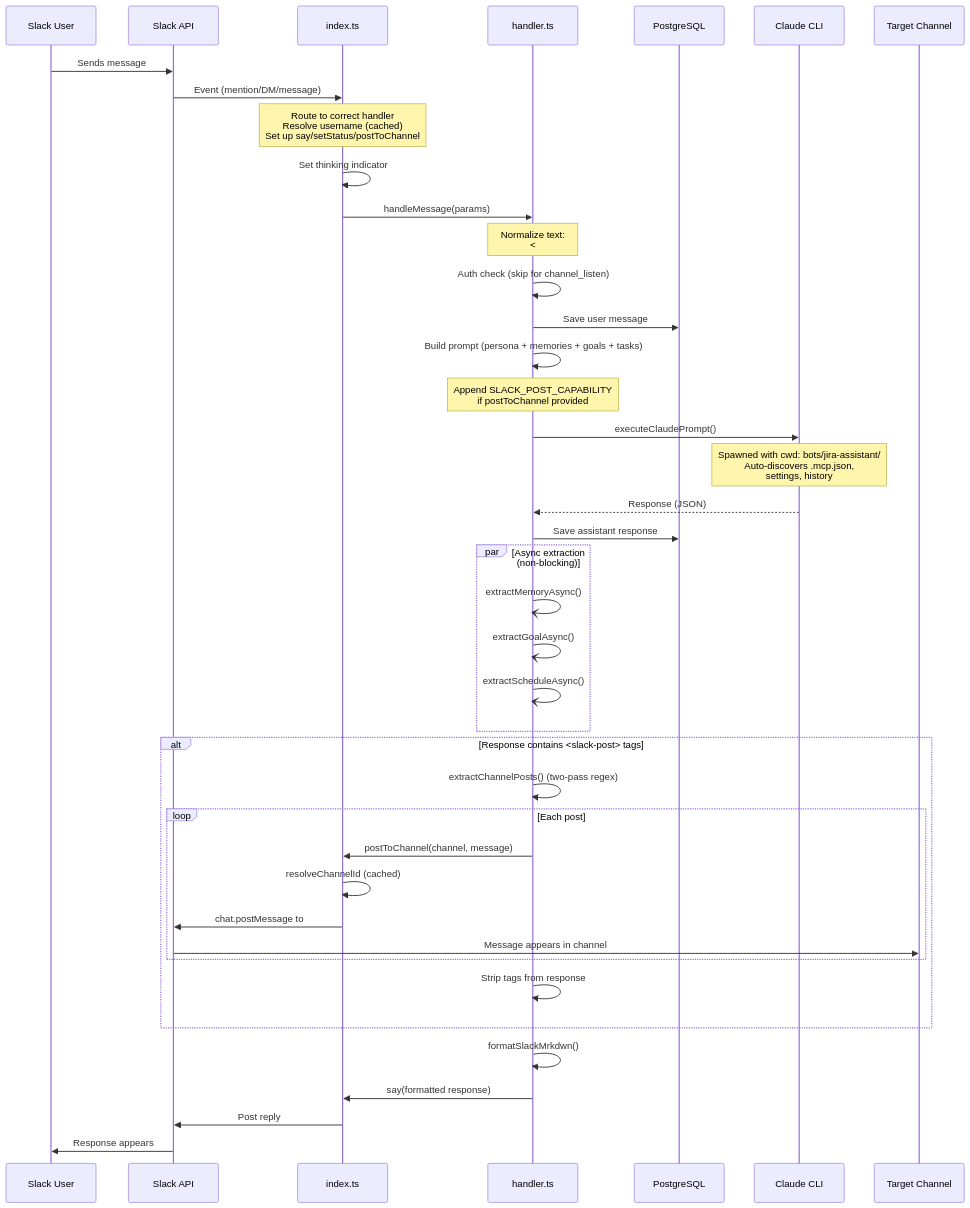
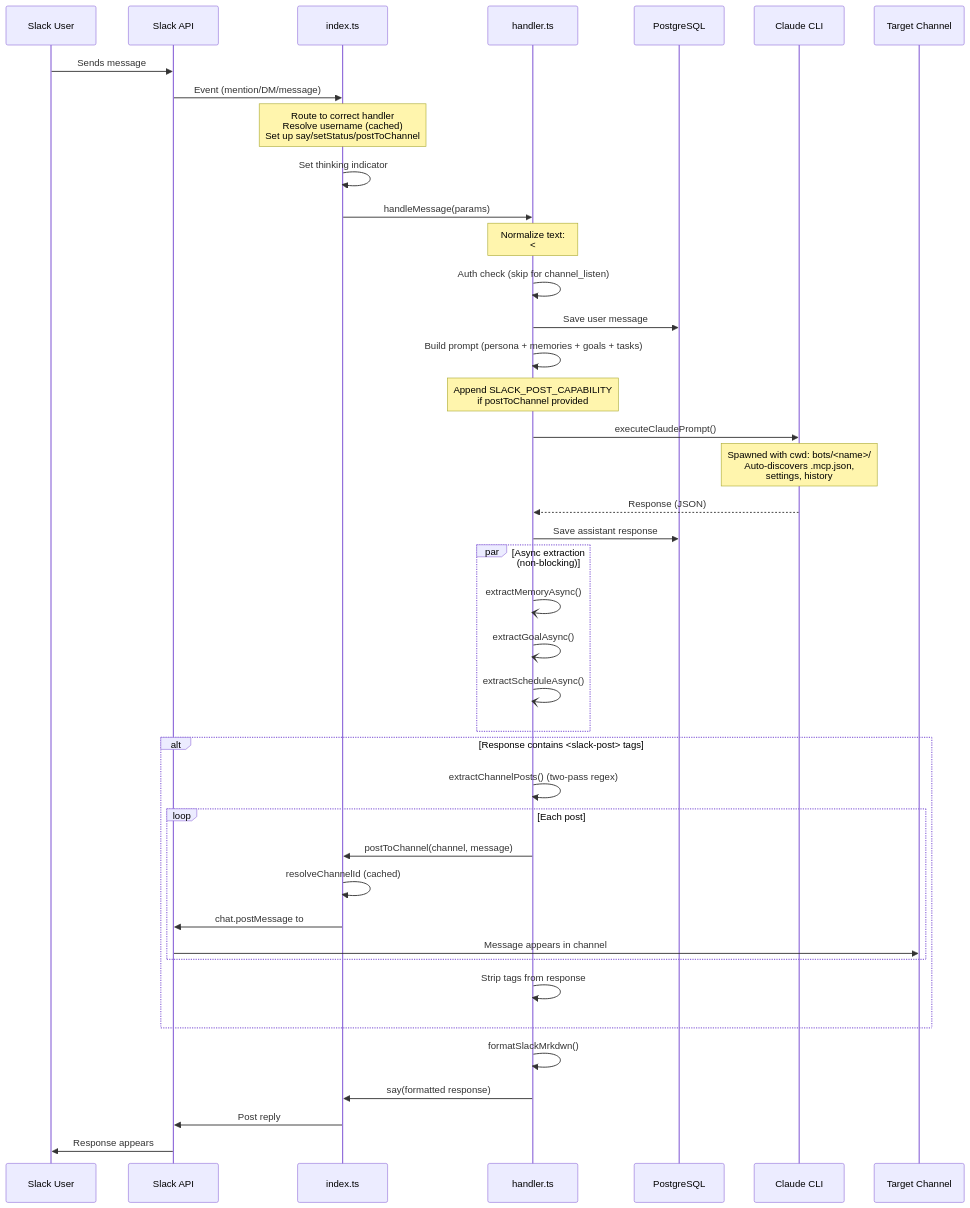
Before and after one commit to RuneLind/muninn: the second of 8 diagrams in docs/slack-architecture.md, drawn with Mermaid. The commit also changed 2 other files, not shown here.

Commit message:
Remove remaining jira-assistant references from docs
Update .env.example, multi-bot-architecture.md, and slack-architecture.md
to replace jira-assistant references with generic placeholders, consistent
with the example bot move in earlier commits.

````diff
--- a/docs/slack-architecture.md
+++ b/docs/slack-architecture.md
@@ -54,54 +54,54 @@
 ```mermaid
 sequenceDiagram
     participant U as Slack User
     participant S as Slack API
     participant I as index.ts
     participant H as handler.ts
     participant DB as PostgreSQL
     participant C as Claude CLI
     participant CH as Target Channel
 
     U->>S: Sends message
     S->>I: Event (mention/DM/message)
 
     Note over I: Route to correct handler<br/>Resolve username (cached)<br/>Set up say/setStatus/postToChannel
 
     I->>I: Set thinking indicator
     I->>H: handleMessage(params)
 
     Note over H: Normalize text:<br/><#C0AD|name> → #name
 
     H->>H: Auth check (skip for channel_listen)
     H->>DB: Save user message
     H->>H: Build prompt (persona + memories + goals + tasks)
 
     Note over H: Append SLACK_POST_CAPABILITY<br/>if postToChannel provided
 
     H->>C: executeClaudePrompt()
-    Note over C: Spawned with cwd: bots/jira-assistant/<br/>Auto-discovers .mcp.json,<br/>settings, history
+    Note over C: Spawned with cwd: bots/<name>/<br/>Auto-discovers .mcp.json,<br/>settings, history
     C-->>H: Response (JSON)
 
     H->>DB: Save assistant response
 
     par Async extraction (non-blocking)
         H-)H: extractMemoryAsync()
         H-)H: extractGoalAsync()
         H-)H: extractScheduleAsync()
     end
 
     alt Response contains <slack-post> tags
         H->>H: extractChannelPosts() (two-pass regex)
         loop Each post
             H->>I: postToChannel(channel, message)
             I->>I: resolveChannelId (cached)
             I->>S: chat.postMessage to #channel
             S->>CH: Message appears in channel
         end
         H->>H: Strip tags from response
     end
 
     H->>H: formatSlackMrkdwn()
     H->>I: say(formatted response)
     I->>S: Post reply
     S->>U: Response appears
 ```
````
